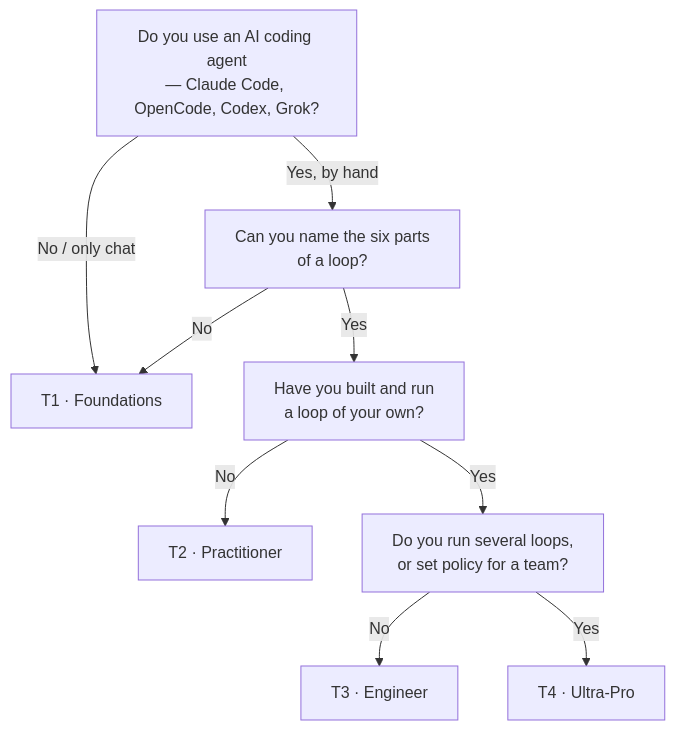
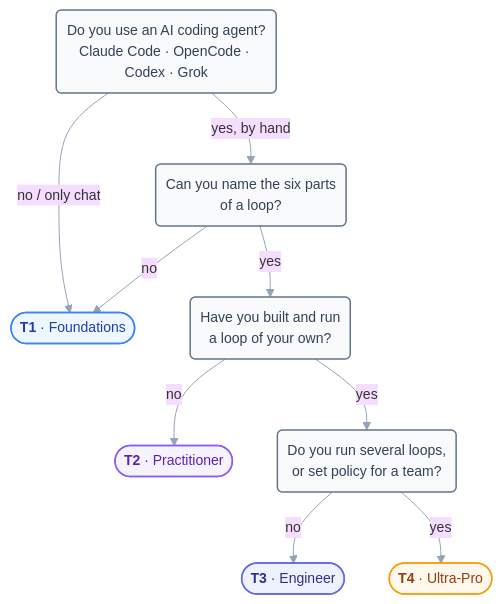
The diagram in docs/start-here.md (ayeshakhalid192007-dev/LoopEngineering-CrashCourse), drawn with Mermaid before and after one commit. The commit also changed 14 other files, not shown here.

First line of the commit message:
Polish Day 1 mermaid diagrams; log the checker/link-check re-run

````diff
--- a/docs/start-here.md
+++ b/docs/start-here.md
@@ -20,11 +20,17 @@
 ```mermaid
+%%{init: {'theme':'base','themeVariables':{'fontFamily':'ui-sans-serif, system-ui, sans-serif','fontSize':'14px','lineColor':'#94a3b8'},'flowchart':{'curve':'basis','nodeSpacing':45,'rankSpacing':50,'padding':10}}}%%
 flowchart TD
-    A[Do you use an AI coding agent<br/>— Claude Code, OpenCode, Codex, Grok?] -->|"No / only chat"| T1
-    A -->|Yes, by hand| B[Can you name the six parts<br/>of a loop?]
-    B -->|No| T1[T1 · Foundations]
-    B -->|Yes| C[Have you built and run<br/>a loop of your own?]
-    C -->|No| T2[T2 · Practitioner]
-    C -->|Yes| D[Do you run several loops,<br/>or set policy for a team?]
-    D -->|No| T3[T3 · Engineer]
-    D -->|Yes| T4[T4 · Ultra-Pro]
+    A("Do you use an AI coding agent?<br/>Claude Code · OpenCode · Codex · Grok"):::q -->|"no / only chat"| T1
+    A -->|"yes, by hand"| B("Can you name the six parts<br/>of a loop?"):::q
+    B -->|no| T1(["<b>T1</b> · Foundations"]):::t1
+    B -->|yes| C("Have you built and run<br/>a loop of your own?"):::q
+    C -->|no| T2(["<b>T2</b> · Practitioner"]):::t2
+    C -->|yes| D("Do you run several loops,<br/>or set policy for a team?"):::q
+    D -->|no| T3(["<b>T3</b> · Engineer"]):::t3
+    D -->|yes| T4(["<b>T4</b> · Ultra-Pro"]):::t4
+    classDef q fill:#f8fafc,stroke:#64748b,stroke-width:1.5px,color:#334155;
+    classDef t1 fill:#eef6ff,stroke:#3b82f6,stroke-width:1.5px,color:#1e40af;
+    classDef t2 fill:#f5f3ff,stroke:#8b5cf6,stroke-width:1.5px,color:#5b21b6;
+    classDef t3 fill:#eef2ff,stroke:#6366f1,stroke-width:1.5px,color:#312e81;
+    classDef t4 fill:#fef9ec,stroke:#f59e0b,stroke-width:1.5px,color:#92400e;
 ```
````
